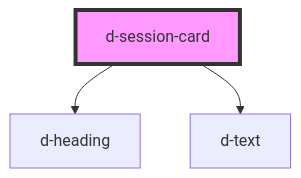
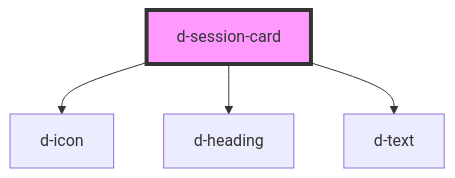
Before and after one commit to ForkbombEu/didroom-components: the diagram in src/components/session-card/readme.md, drawn with Mermaid. The commit also changed other lines of this file and 5 other files, not shown here.

````diff
--- a/src/components/session-card/readme.md
+++ b/src/components/session-card/readme.md
@@ -25,6 +26,7 @@
 ```mermaid
 graph TD;
+  d-session-card --> d-icon
   d-session-card --> d-heading
   d-session-card --> d-text
   style d-session-card fill:#f9f,stroke:#333,stroke-width:4px
 ```
````
